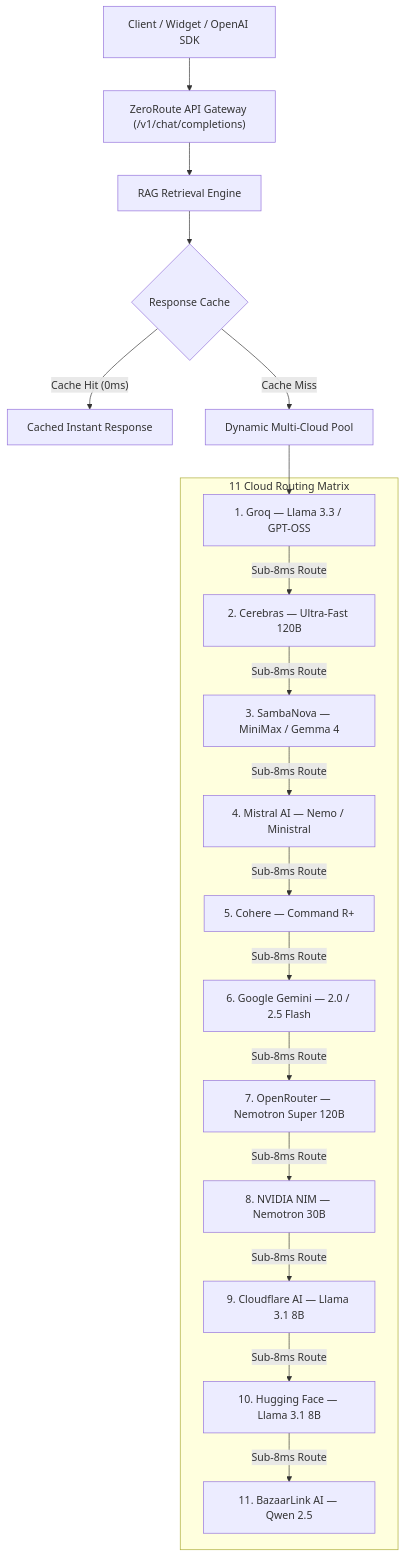
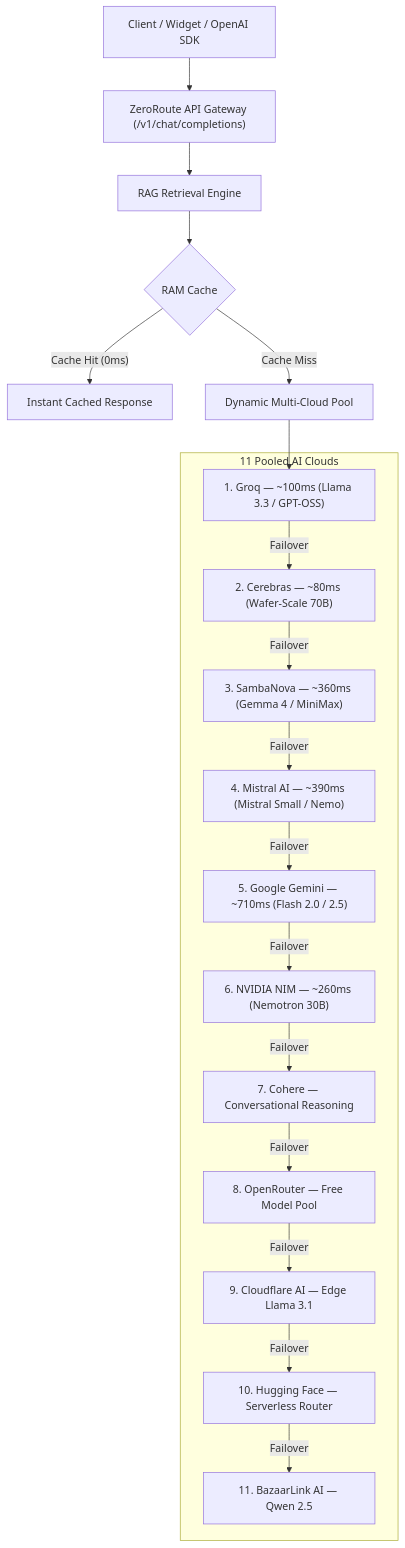
Before and after one commit to amjadlle/zeroroute: the diagram in README.md, drawn with Mermaid. The commit also changed other lines of this file and 2 other files, not shown here.

````diff
--- a/README.md
+++ b/README.md
@@ -72,36 +72,36 @@
 ```mermaid
 flowchart TD
-    User["Client / Widget / OpenAI SDK"] --> Gateway["ZeroRoute API Gateway (/v1/chat/completions)"]
+    Client["Client / Widget / OpenAI SDK"] --> Gateway["ZeroRoute API Gateway (/v1/chat/completions)"]
     
     Gateway --> RAG["RAG Retrieval Engine"]
-    RAG --> Cache{"Response Cache"}
+    RAG --> Cache{"RAM Cache"}
     
-    Cache -->|"Cache Hit (0ms)"| Immediate["Cached Instant Response"]
+    Cache -->|"Cache Hit (0ms)"| Immediate["Instant Cached Response"]
     Cache -->|"Cache Miss"| ProviderPool["Dynamic Multi-Cloud Pool"]
 
-    subgraph Matrix["11 Cloud Routing Matrix"]
-        P1["1. Groq — Llama 3.3 / GPT-OSS"]
-        P2["2. Cerebras — Ultra-Fast 120B"]
-        P3["3. SambaNova — MiniMax / Gemma 4"]
-        P4["4. Mistral AI — Nemo / Ministral"]
-        P5["5. Cohere — Command R+"]
-        P6["6. Google Gemini — 2.0 / 2.5 Flash"]
-        P7["7. OpenRouter — Nemotron Super 120B"]
-        P8["8. NVIDIA NIM — Nemotron 30B"]
-        P9["9. Cloudflare AI — Llama 3.1 8B"]
-        P10["10. Hugging Face — Llama 3.1 8B"]
+    subgraph Matrix["11 Pooled AI Clouds"]
+        P1["1. Groq — ~100ms (Llama 3.3 / GPT-OSS)"]
+        P2["2. Cerebras — ~80ms (Wafer-Scale 70B)"]
+        P3["3. SambaNova — ~360ms (Gemma 4 / MiniMax)"]
+        P4["4. Mistral AI — ~390ms (Mistral Small / Nemo)"]
+        P5["5. Google Gemini — ~710ms (Flash 2.0 / 2.5)"]
+        P6["6. NVIDIA NIM — ~260ms (Nemotron 30B)"]
+        P7["7. Cohere — Conversational Reasoning"]
+        P8["8. OpenRouter — Free Model Pool"]
+        P9["9. Cloudflare AI — Edge Llama 3.1"]
+        P10["10. Hugging Face — Serverless Router"]
         P11["11. BazaarLink AI — Qwen 2.5"]
     end
 
     ProviderPool --> P1
-    P1 -->|"Sub-8ms Route"| P2
-    P2 -->|"Sub-8ms Route"| P3
-    P3 -->|"Sub-8ms Route"| P4
-    P4 -->|"Sub-8ms Route"| P5
-    P5 -->|"Sub-8ms Route"| P6
-    P6 -->|"Sub-8ms Route"| P7
-    P7 -->|"Sub-8ms Route"| P8
-    P8 -->|"Sub-8ms Route"| P9
-    P9 -->|"Sub-8ms Route"| P10
-    P10 -->|"Sub-8ms Route"| P11
+    P1 -->|"Failover"| P2
+    P2 -->|"Failover"| P3
+    P3 -->|"Failover"| P4
+    P4 -->|"Failover"| P5
+    P5 -->|"Failover"| P6
+    P6 -->|"Failover"| P7
+    P7 -->|"Failover"| P8
+    P8 -->|"Failover"| P9
+    P9 -->|"Failover"| P10
+    P10 -->|"Failover"| P11
 ```
````
